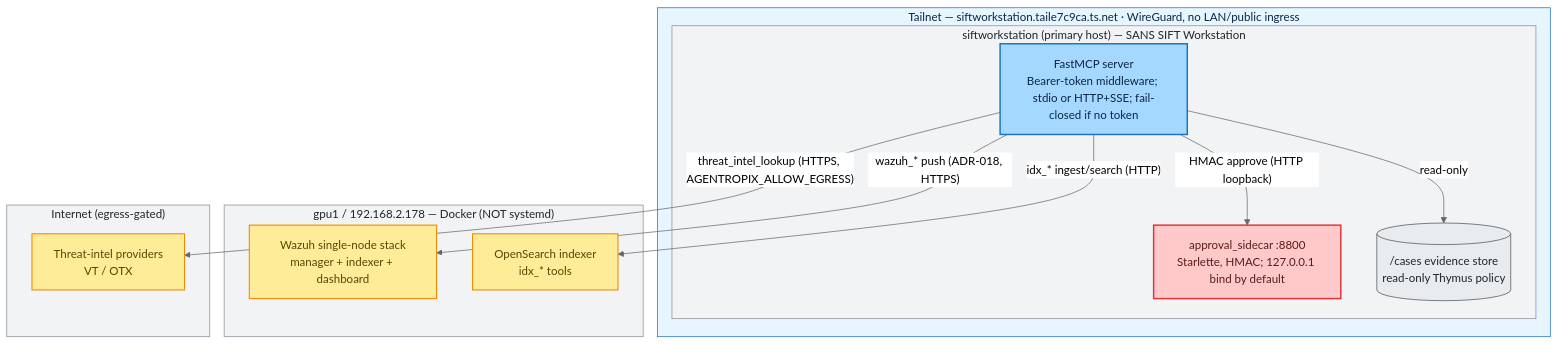
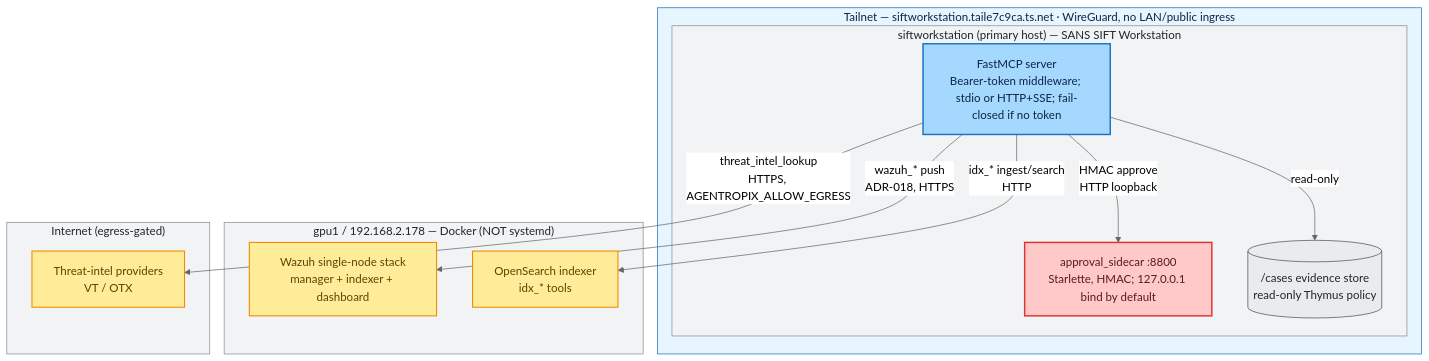
One commit to galvangabriel-web/agentropix-mcp changed the third of 3 diagrams in docs/02-architecture/system-context-c4.md. Above: the diagram before and after it, drawn with Mermaid (neutral theme). The commit also changed other lines of this file and 20 other files, not shown here.

First line of the commit message:
Diagram readability pass (workflow): redesign diagrams for size/clarity + audit log

````diff
--- a/docs/02-architecture/system-context-c4.md
+++ b/docs/02-architecture/system-context-c4.md
@@ -147,33 +154,33 @@
 ```mermaid
 flowchart TB
     classDef api fill:#a5d8ff,stroke:#1971c2,color:#0b2545,stroke-width:2px
     classDef gov fill:#ffc9c9,stroke:#e03131,color:#5c1a1a,stroke-width:2px
     classDef ext fill:#e9ecef,stroke:#495057,color:#212529,stroke-width:1px
     classDef sink fill:#ffec99,stroke:#f08c00,color:#5c4400,stroke-width:1.5px
 
     subgraph Tailnet["Tailnet — siftworkstation.taile7c9ca.ts.net · WireGuard, no LAN/public ingress"]
         subgraph WS["siftworkstation (primary host) — SANS SIFT Workstation"]
             MCP2["FastMCP server<br/>Bearer-token middleware; stdio or HTTP+SSE; fail-closed if no token"]:::api
             Approval2["approval_sidecar :8800<br/>Starlette, HMAC; 127.0.0.1 bind by default"]:::gov
             Cases[("/cases evidence store<br/>read-only Thymus policy")]:::ext
         end
     end
     subgraph GPU1["gpu1 / 192.168.2.178 — Docker (NOT systemd)"]
         Wazuh2["Wazuh single-node stack<br/>manager + indexer + dashboard"]:::sink
         OS2["OpenSearch indexer<br/>idx_* tools"]:::sink
     end
     subgraph Net["Internet (egress-gated)"]
         Intel2["Threat-intel providers<br/>VT / OTX"]:::sink
     end
 
     MCP2 -->|"read-only"| Cases
-    MCP2 -->|"wazuh_* push (ADR-018, HTTPS)"| Wazuh2
-    MCP2 -->|"idx_* ingest/search (HTTP)"| OS2
-    MCP2 -->|"threat_intel_lookup (HTTPS, AGENTROPIX_ALLOW_EGRESS)"| Intel2
-    MCP2 -->|"HMAC approve (HTTP loopback)"| Approval2
+    MCP2 -->|"wazuh_* push<br/>ADR-018, HTTPS"| Wazuh2
+    MCP2 -->|"idx_* ingest/search<br/>HTTP"| OS2
+    MCP2 -->|"threat_intel_lookup<br/>HTTPS, AGENTROPIX_ALLOW_EGRESS"| Intel2
+    MCP2 -->|"HMAC approve<br/>HTTP loopback"| Approval2
 
     style Tailnet fill:#e7f5ff,stroke:#1971c2,color:#0b2545
     style WS fill:#f1f3f5,stroke:#868e96,color:#212529
     style GPU1 fill:#f1f3f5,stroke:#868e96,color:#212529
     style Net fill:#f1f3f5,stroke:#868e96,color:#212529
 ```
````
